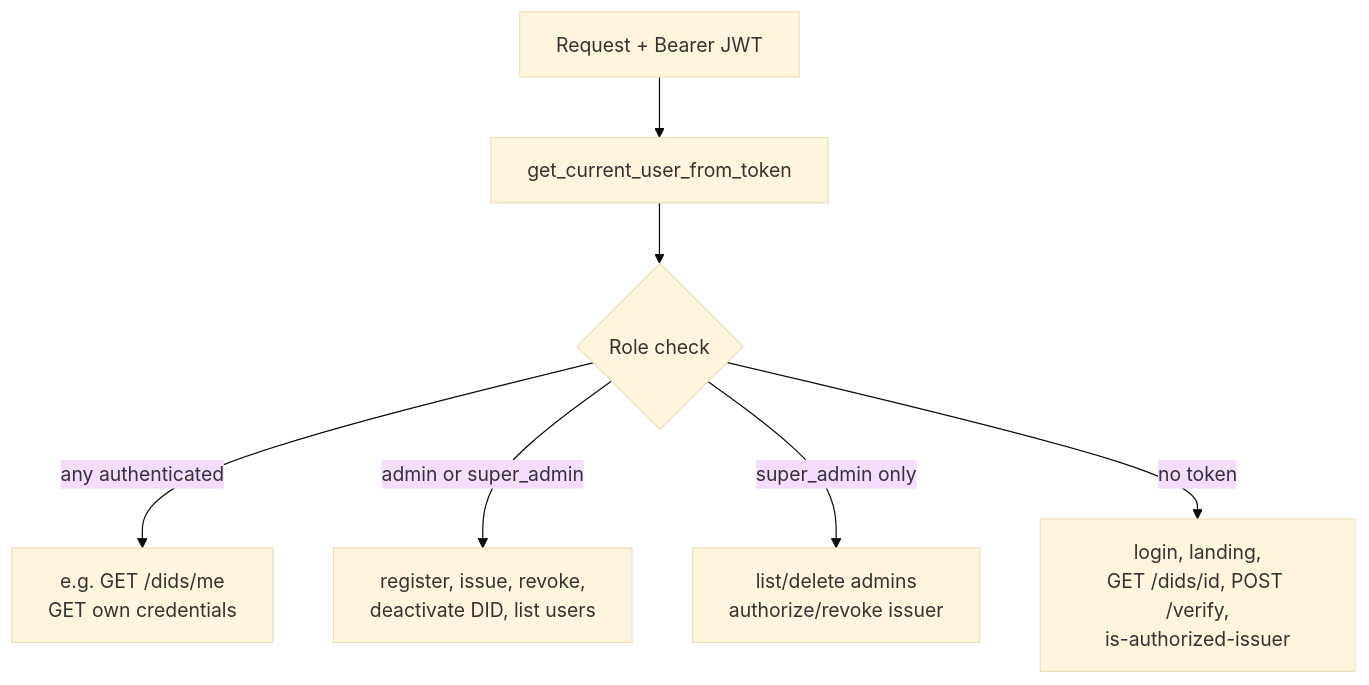
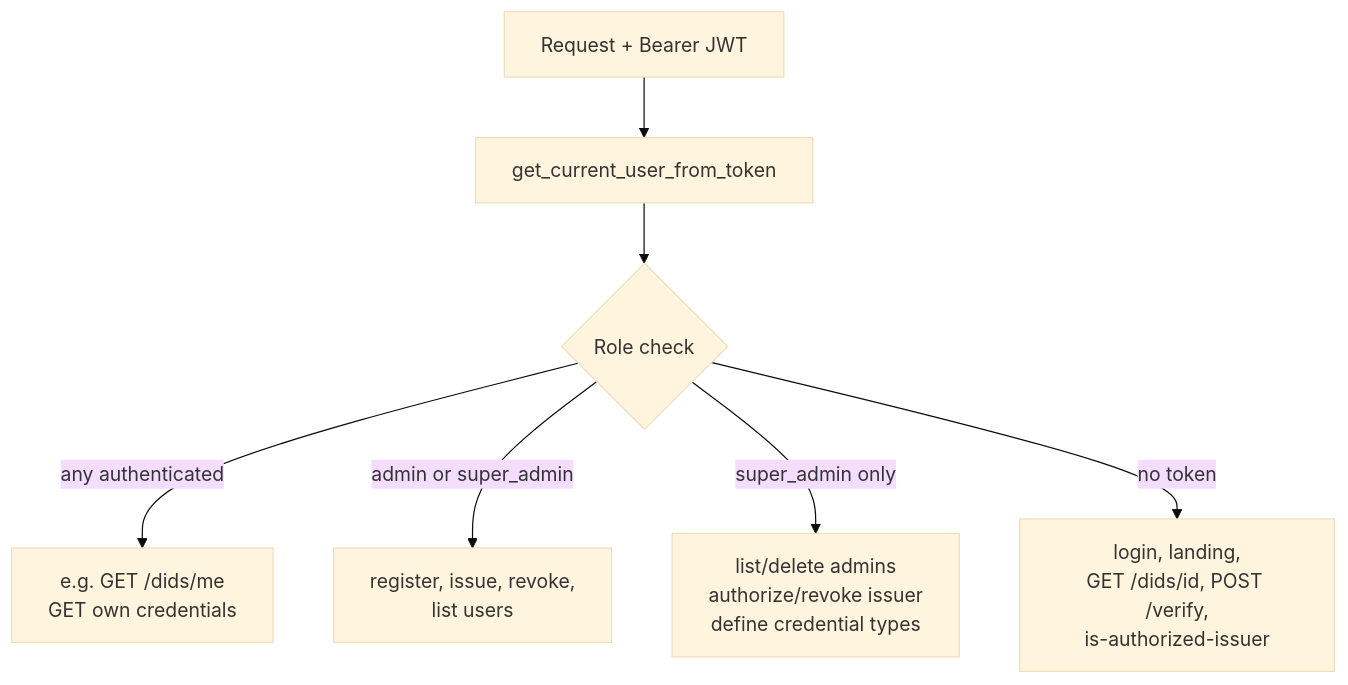
Diagram 20 of 20 in docs/flows.md (erfantq/Digital-Identity-Wallet), drawn with Mermaid (base theme) before and after one commit. The commit also changed other lines of this file and 75 other files, not shown here.

````diff
--- a/docs/flows.md
+++ b/docs/flows.md
@@ -609,10 +598,10 @@
 ```mermaid
 flowchart TD
   Req[Request + Bearer JWT] --> Parse[get_current_user_from_token]
   Parse --> Role{Role check}
 
   Role -->|any authenticated| Me[e.g. GET /dids/me<br/>GET own credentials]
-  Role -->|admin or super_admin| AdminOps[register, issue, revoke,<br/>deactivate DID, list users]
-  Role -->|super_admin only| SuperOps[list/delete admins<br/>authorize/revoke issuer]
+  Role -->|admin or super_admin| AdminOps[register, issue, revoke,<br/>list users]
+  Role -->|super_admin only| SuperOps[list/delete admins<br/>authorize/revoke issuer<br/>define credential types]
   Role -->|no token| Public[login, landing,<br/>GET /dids/id, POST /verify,<br/>is-authorized-issuer]
 ```
````
